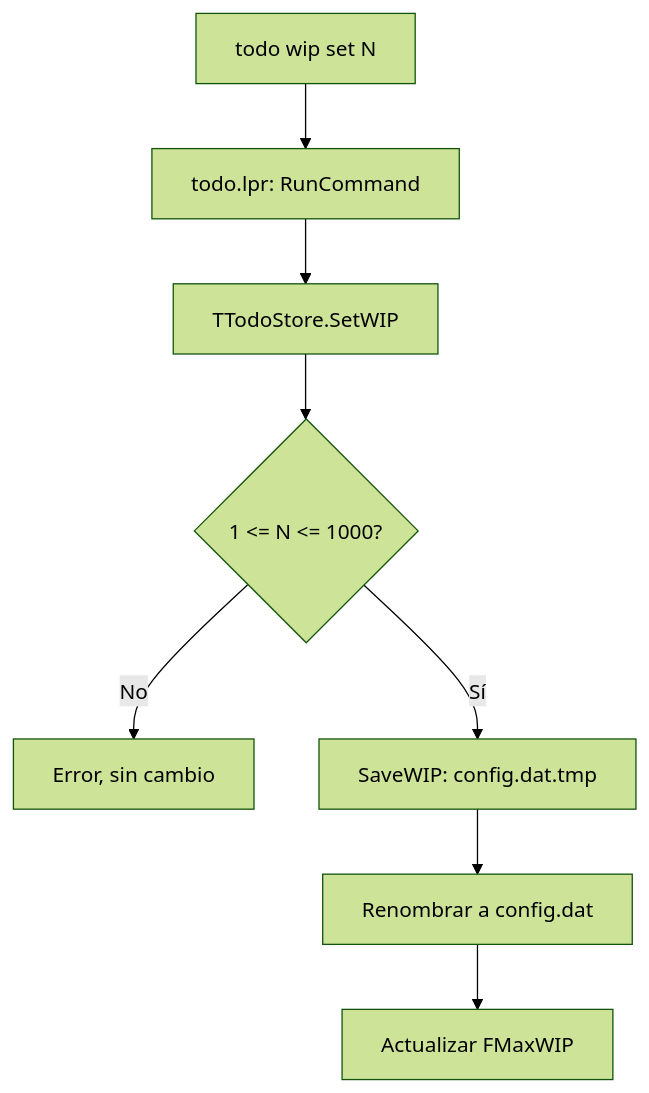
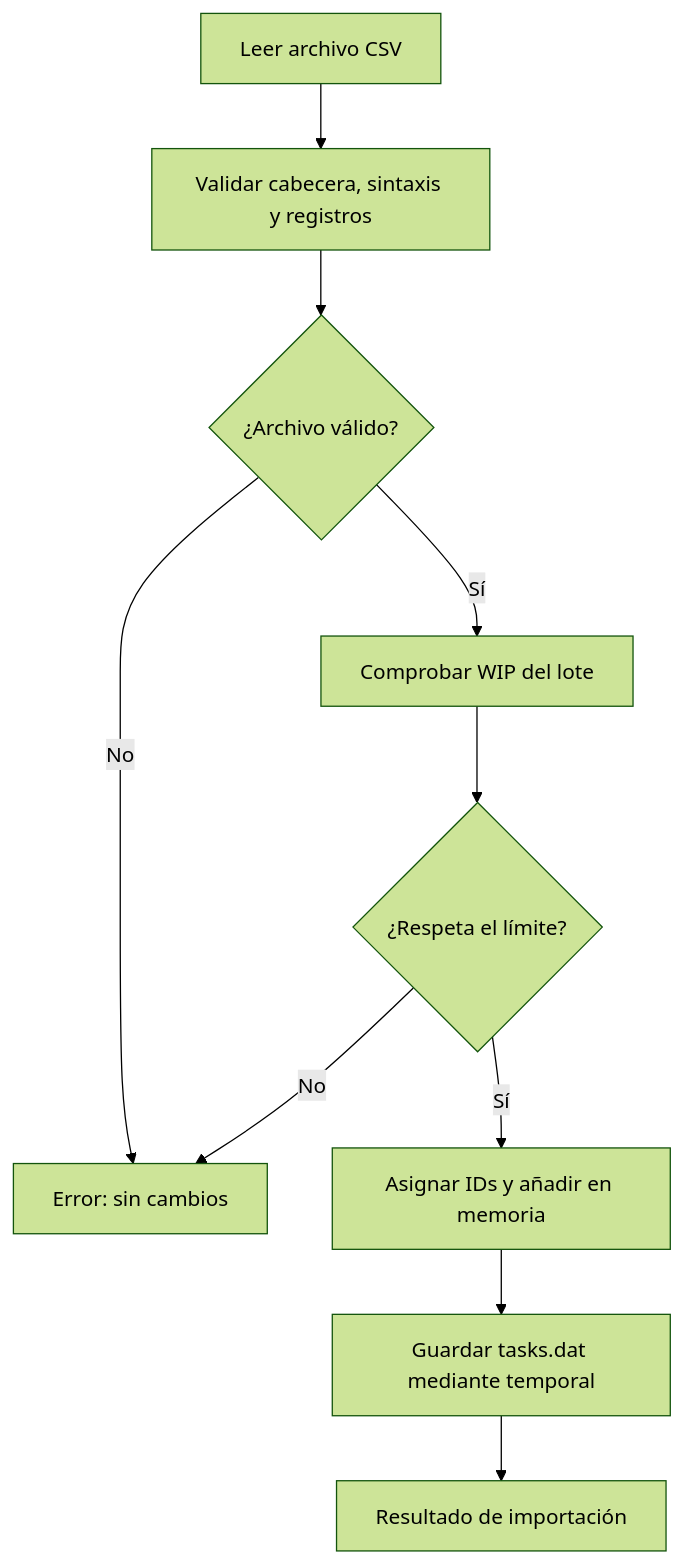
The third of 3 diagrams in docs/INFORME.md (WalexNet/todo_kanban_cli), drawn with Mermaid (forest theme) before and after one commit. The commit also changed other lines of this file and 8 other files, not shown here.

````diff
--- a/docs/INFORME.md
+++ b/docs/INFORME.md
@@ -96,10 +169,12 @@
 ```mermaid
 flowchart TD
-    A[todo wip set N] --> B[todo.lpr: RunCommand]
-    B --> C[TTodoStore.SetWIP]
-    C --> D{1 <= N <= 1000?}
-    D -->|No| E[Error, sin cambio]
-    D -->|Sí| F[SaveWIP: config.dat.tmp]
-    F --> G[Renombrar a config.dat]
-    G --> H[Actualizar FMaxWIP]
+    A["Leer archivo CSV"] --> B["Validar cabecera, sintaxis y registros"]
+    B --> C{"¿Archivo válido?"}
+    C -->|No| X["Error: sin cambios"]
+    C -->|Sí| D["Comprobar WIP del lote"]
+    D --> E{"¿Respeta el límite?"}
+    E -->|No| X
+    E -->|Sí| F["Asignar IDs y añadir en memoria"]
+    F --> G["Guardar tasks.dat mediante temporal"]
+    G --> H["Resultado de importación"]
 ```
````
